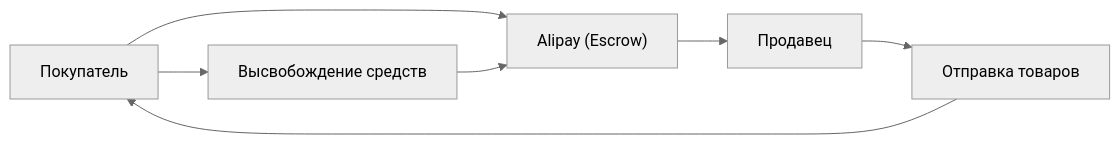
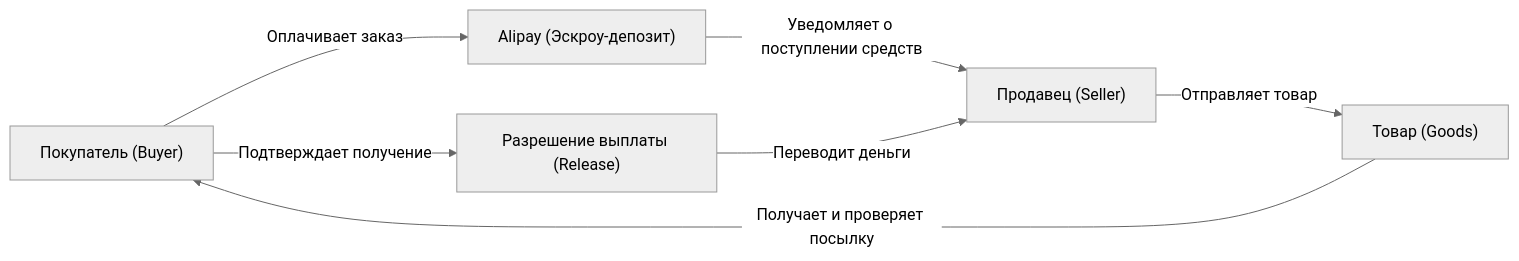
Before and after one commit to kenjinote/blog: the diagram in content/post/history-of-alibaba/index.ru.md, drawn with Mermaid (neutral theme). The commit also changed other lines of this file and 219 other files, not shown here.

````diff
--- a/content/post/history-of-alibaba/index.ru.md
+++ b/content/post/history-of-alibaba/index.ru.md
@@ -24,9 +46,9 @@
 ```mermaid
 flowchart LR
-    Buyer["Покупатель"] --> Alipay["Alipay (Escrow)"]
-    Alipay --> Seller["Продавец"]
-    Seller --> Goods["Отправка товаров"]
-    Goods --> Buyer
-    Buyer --> Release["Высвобождение средств"]
-    Release --> Alipay
+    Buyer["Покупатель (Buyer)"] -->|Оплачивает заказ| Alipay["Alipay (Эскроу-депозит)"]
+    Alipay -->|Уведомляет о поступлении средств| Seller["Продавец (Seller)"]
+    Seller -->|Отправляет товар| Goods["Товар (Goods)"]
+    Goods -->|Получает и проверяет посылку| Buyer
+    Buyer -->|Подтверждает получение| Release["Разрешение выплаты (Release)"]
+    Release -->|Переводит деньги| Seller
 ```
````
